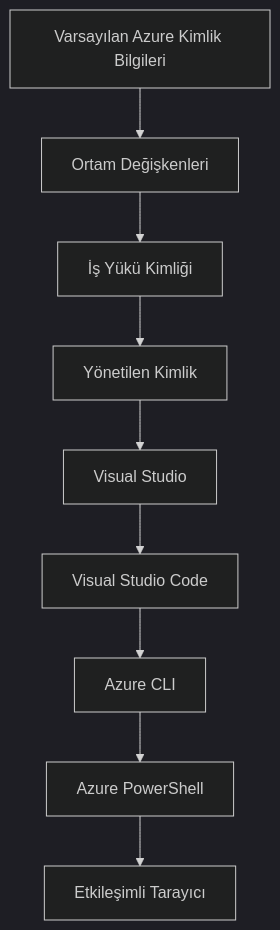
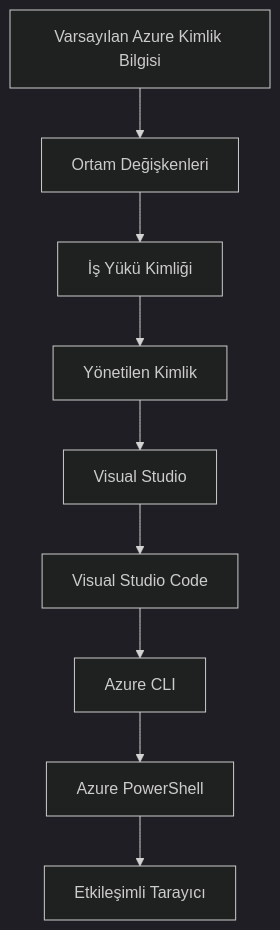
The second of 2 diagrams in translations/tr/docs/chapter-01-foundation/azd-basics.md (microsoft/AZD-for-beginners), drawn with Mermaid (dark theme) before and after one commit. The commit also changed other lines of this file and 101 other files, not shown here.

````diff
--- a/translations/tr/docs/chapter-01-foundation/azd-basics.md
+++ b/translations/tr/docs/chapter-01-foundation/azd-basics.md
@@ -556,11 +593,11 @@
 ```mermaid
 graph TD
-    A[Varsayılan Azure Kimlik Bilgileri] --> B[Ortam Değişkenleri]
+    A[Varsayılan Azure Kimlik Bilgisi] --> B[Ortam Değişkenleri]
     B --> C[İş Yükü Kimliği]
     C --> D[Yönetilen Kimlik]
     D --> E[Visual Studio]
     E --> F[Visual Studio Code]
     F --> G[Azure CLI]
     G --> H[Azure PowerShell]
     H --> I[Etkileşimli Tarayıcı]
 ```
````
